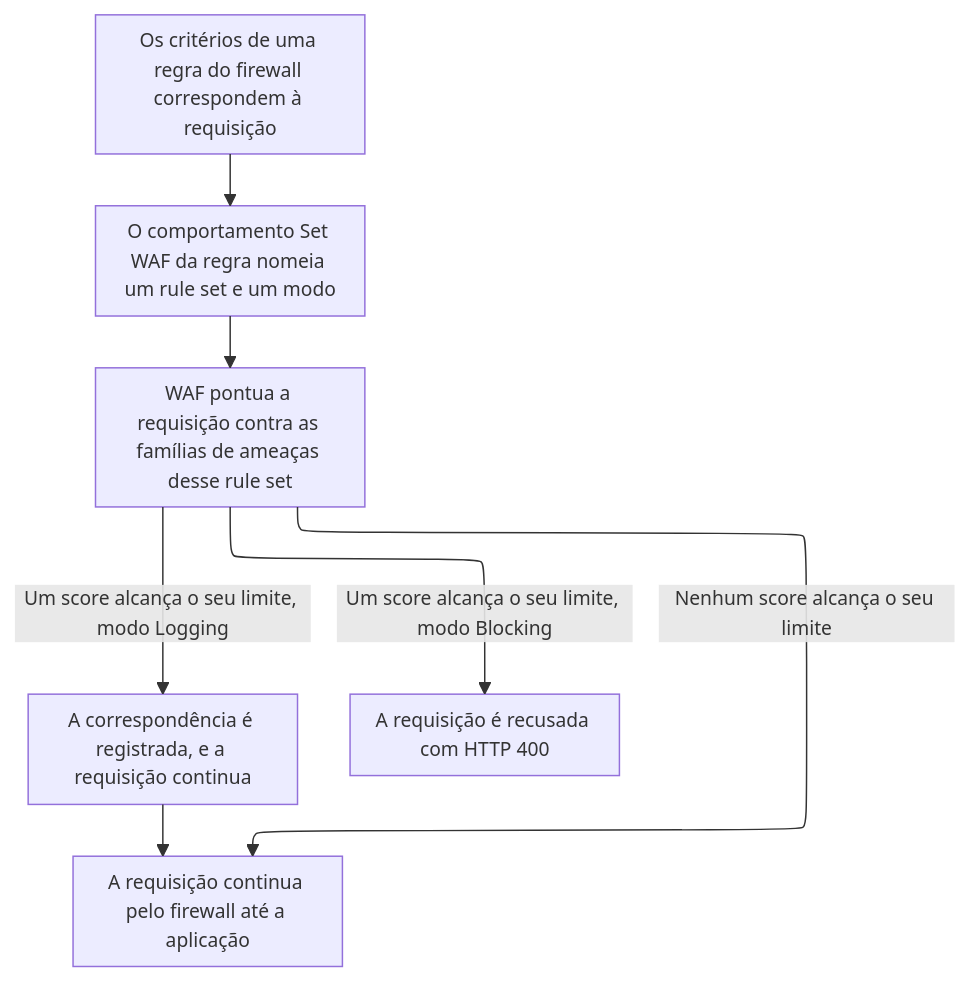
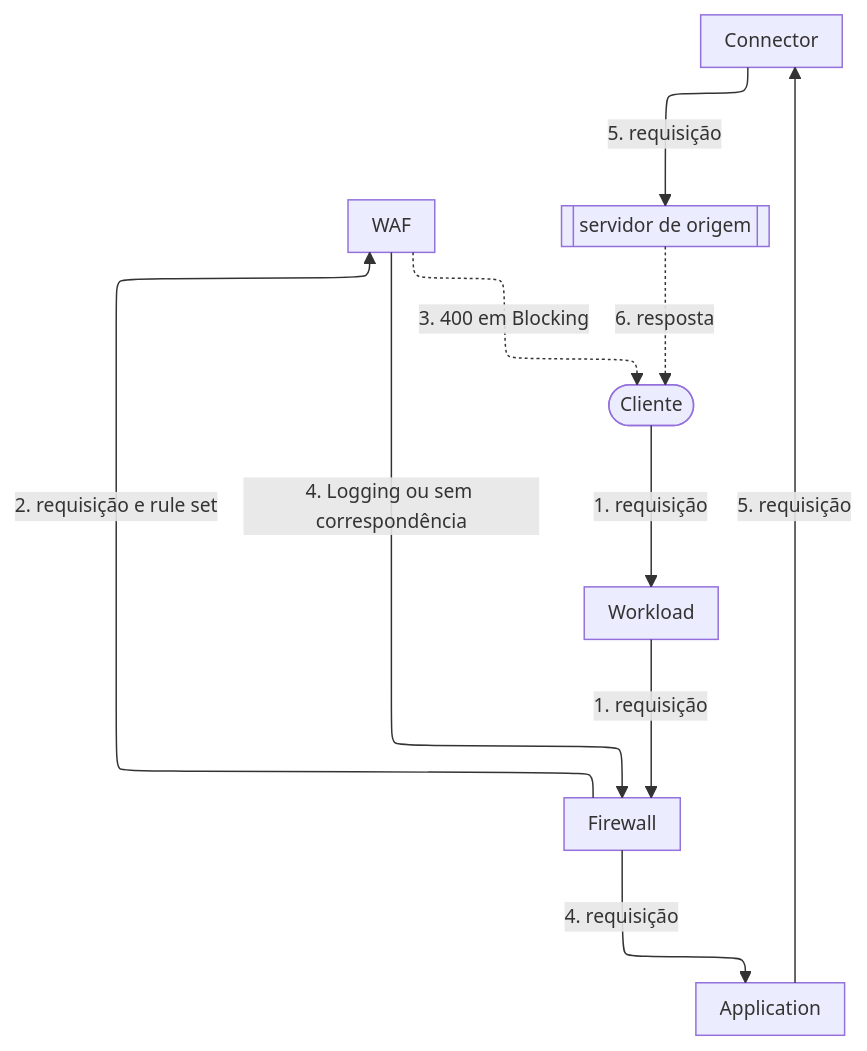
The diagram in apps/docs/src/content/docs/pt-br/pages/secure/waf/visao-geral.mdx (aziontech/docs), drawn with Mermaid before and after one commit. The commit also changed other lines of this file and 233 other files, not shown here.

````diff
--- a/apps/docs/src/content/docs/pt-br/pages/secure/waf/visao-geral.mdx
+++ b/apps/docs/src/content/docs/pt-br/pages/secure/waf/visao-geral.mdx
@@ -66,10 +31,20 @@
 ```mermaid
-%%{init: {"layout": "elk", "themeVariables": {"fontSize": "13px"}, "flowchart": {"nodeSpacing": 24, "rankSpacing": 36, "padding": 8, "wrappingWidth": 150, "useMaxWidth": true}, "sequence": {"width": 120, "actorMargin": 30, "useMaxWidth": true}}}%%
+%%{init: {"layout": "elk", "elk": {"cycleBreakingStrategy": "MODEL_ORDER"}, "themeVariables": {"fontSize": "13px"}, "flowchart": {"nodeSpacing": 24, "rankSpacing": 36, "padding": 8, "wrappingWidth": 150, "useMaxWidth": true}, "sequence": {"width": 120, "actorMargin": 30, "useMaxWidth": true}}}%%
 flowchart TD
-  Match["Os critérios de uma regra do firewall correspondem à requisição"] --> SetWaf["O comportamento Set WAF da regra nomeia um rule set e um modo"]
-  SetWaf --> Score["WAF pontua a requisição contra as famílias de ameaças desse rule set"]
-  Score -->|"Nenhum score alcança o seu limite"| Next["A requisição continua pelo firewall até a aplicação"]
-  Score -->|"Um score alcança o seu limite, modo Logging"| Log["A correspondência é registrada, e a requisição continua"]
-  Score -->|"Um score alcança o seu limite, modo Blocking"| Block["A requisição é recusada com HTTP 400"]
-  Log --> Next
+  Client(["Cliente"])
+  WL["Workload"]
+  FW["Firewall"]
+  WAF["WAF"]
+  App["Application"]
+  Conn["Connector"]
+  Origin[["servidor de origem"]]
+  Client -->|"1. requisição"| WL
+  WL -->|"1. requisição"| FW
+  FW -->|"2. requisição e rule set"| WAF
+  WAF -.->|"3. 400 em Blocking"| Client
+  WAF -->|"4. Logging ou sem correspondência"| FW
+  FW -->|"4. requisição"| App
+  App -->|"5. requisição"| Conn
+  Conn -->|"5. requisição"| Origin
+  Origin -.->|"6. resposta"| Client
 ```
````
